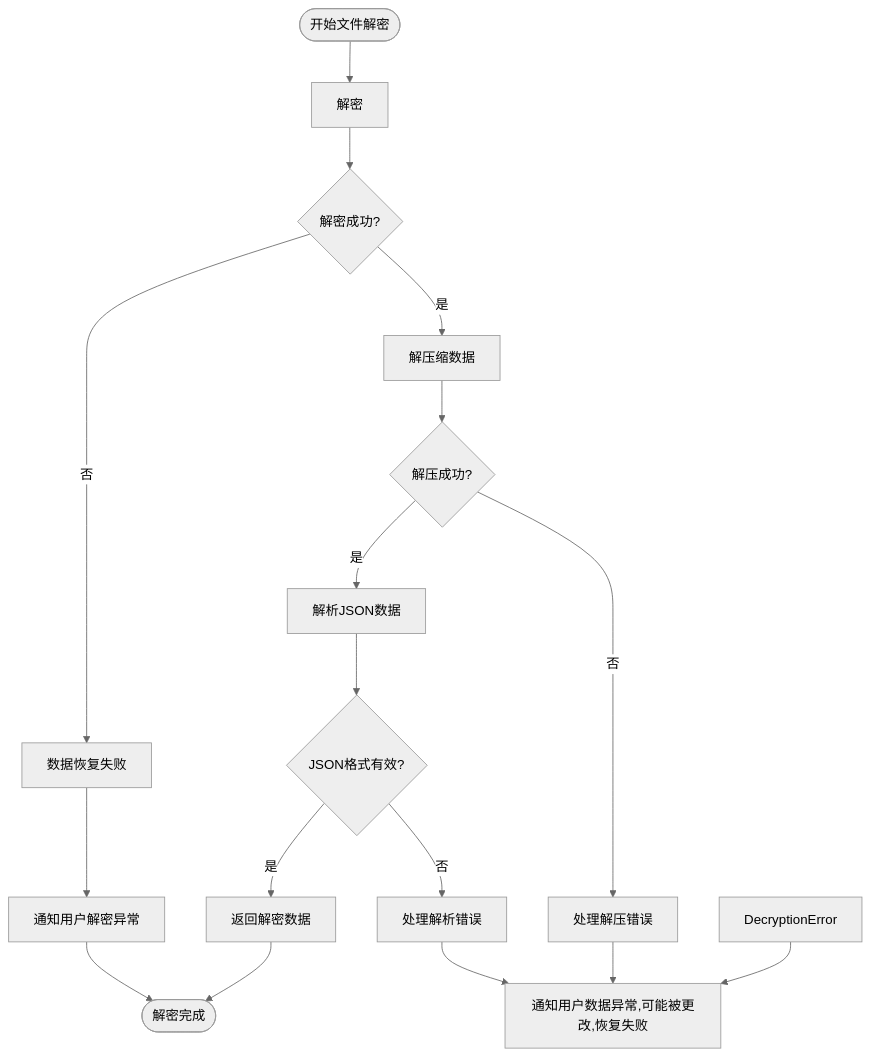
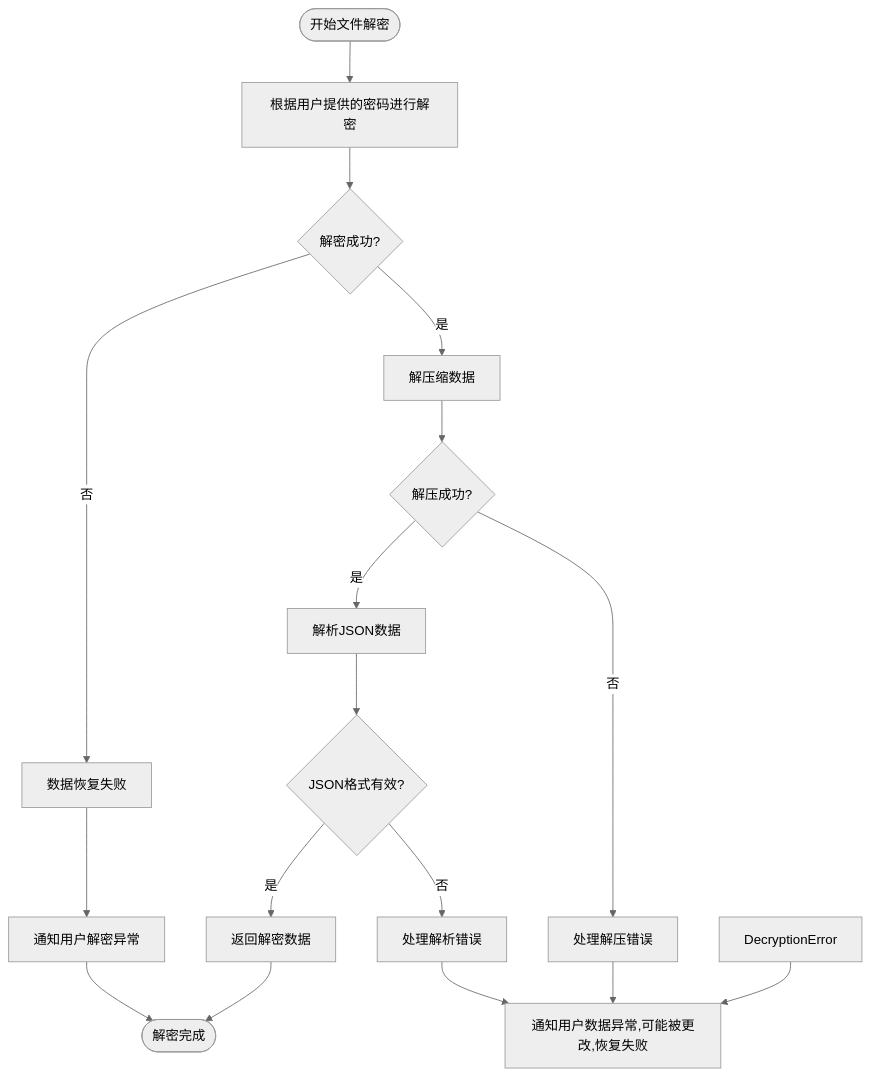
The diagram in all/未命名-53.md (yingjianzh/iodraw-files), drawn with Mermaid (neutral theme) before and after one commit.

Commit message:
2025-05-09 18:13:28 update

````diff
--- a/all/未命名-53.md
+++ b/all/未命名-53.md
@@ -1,25 +1,25 @@
 ```mermaid
 flowchart TD
-    Start([开始文件解密]) --> ReadFile[解密]
+    Start([开始文件解密]) --> ReadFile[根据用户提供的密码进行解密]
     ReadFile --> DecryptionSuccess{解密成功?}
     
     DecryptionSuccess -->|否| A[数据恢复失败]
     DecryptionSuccess -->|是| DecompressData[解压缩数据]
     
     DecompressData --> DecompressionSuccess{解压成功?}
     DecompressionSuccess -->|否| HandleDecompressError[处理解压错误]
     DecompressionSuccess -->|是| ParseJSON[解析JSON数据]
     
     ParseJSON --> JSONValid{JSON格式有效?}
     JSONValid -->|否| HandleParseError[处理解析错误]
     JSONValid -->|是| ReturnDecryptedData[返回解密数据]
     
     ReturnDecryptedData --> End([解密完成])
     
     DecryptionError --> LogError[通知用户数据异常,可能被更改,恢复失败]
     HandleDecompressError --> LogError
     HandleParseError --> LogError
     
     A --> ThrowException[通知用户解密异常]
     ThrowException --> End
 ```
````
